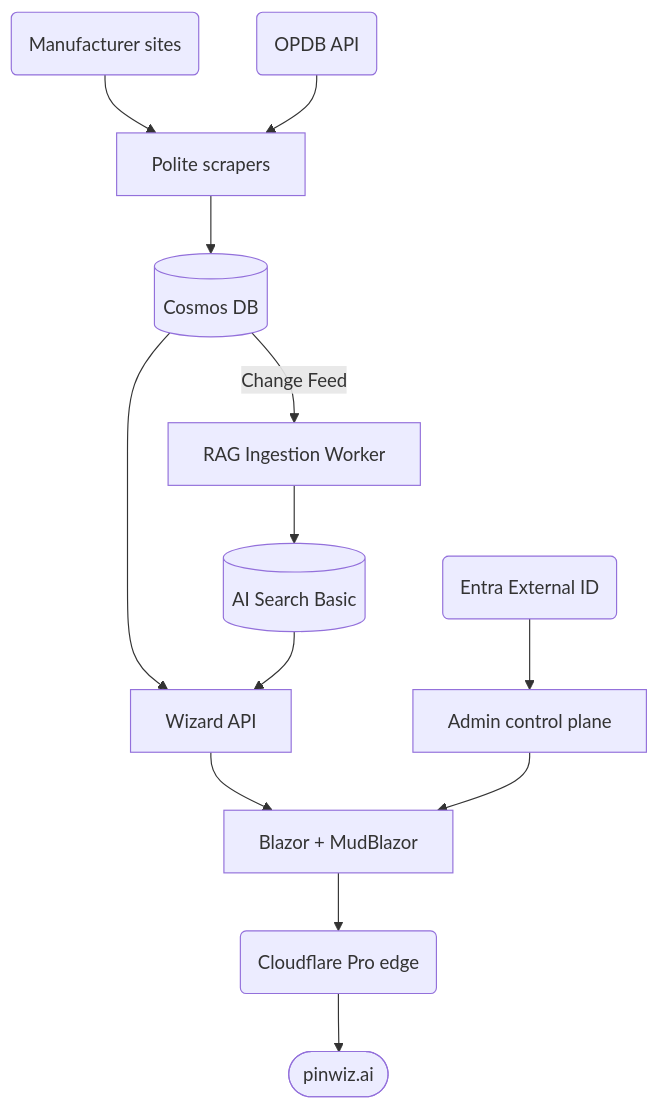
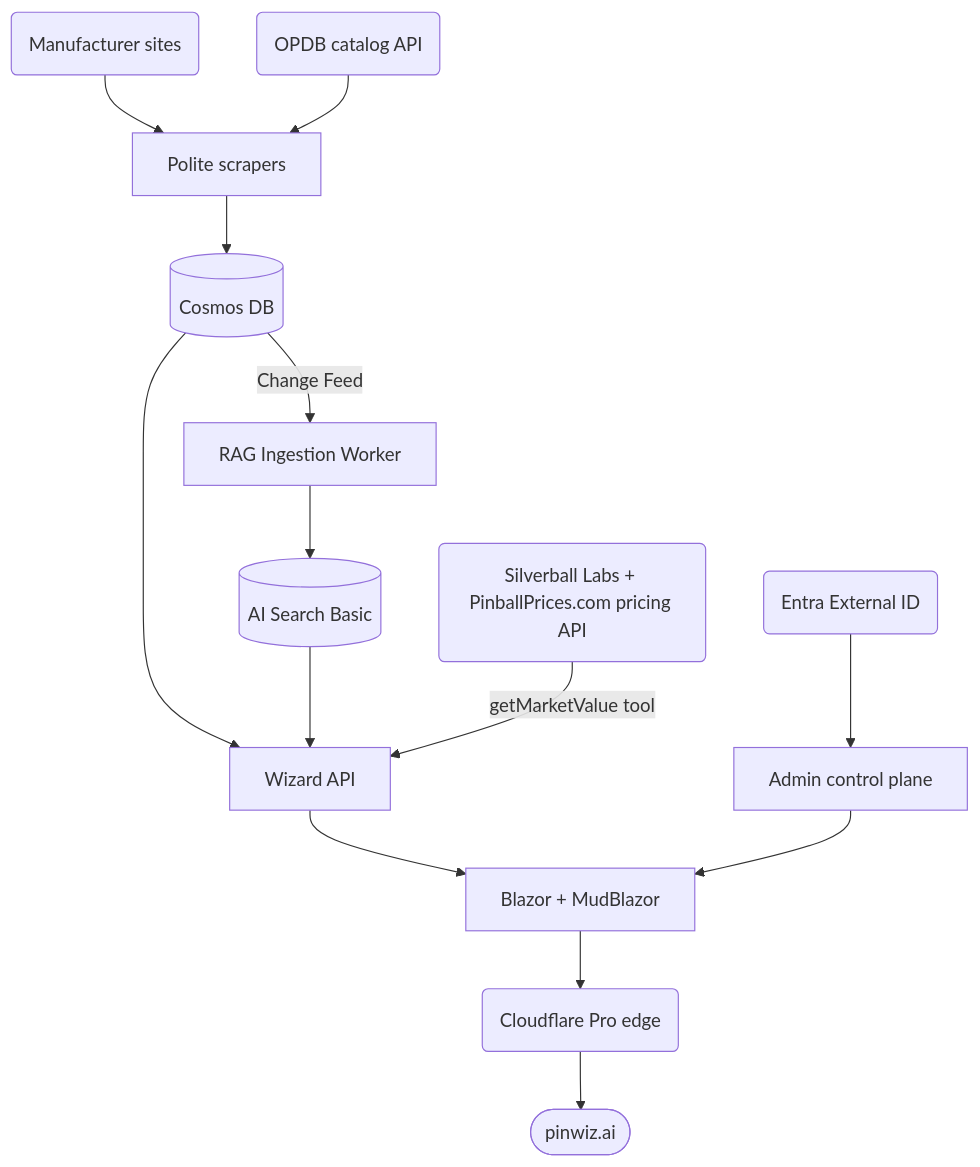
Before and after one commit to Early-Bird-Solutions-LLC/PinballWizard: the first of 2 diagrams in README.md, drawn with Mermaid. The commit also changed other lines of this file and 15 other files, not shown here.

First line of the commit message:
docs(showcase): diagrams across README + 12 docs, provenance lineage, conventions, docs home (#593)

````diff
--- a/README.md
+++ b/README.md
@@ -23,28 +23,30 @@
 ```mermaid
 graph TB
     Mfg(Manufacturer sites)
-    OPDB(OPDB API)
+    OPDB(OPDB catalog API)
+    Silverball(Silverball Labs + PinballPrices.com pricing API)
     Scrapers[Polite scrapers]
     Cosmos[(Cosmos DB)]
     Worker[RAG Ingestion Worker]
     Search[(AI Search Basic)]
     Api[Wizard API]
     Web[Blazor + MudBlazor]
     CF(Cloudflare Pro edge)
     Site([pinwiz.ai])
     Admin[Admin control plane]
     Entra(Entra External ID)
 
     Mfg --> Scrapers
     OPDB --> Scrapers
     Scrapers --> Cosmos
     Cosmos -->|Change Feed| Worker
     Worker --> Search
     Cosmos --> Api
     Search --> Api
+    Silverball -->|getMarketValue tool| Api
     Api --> Web
     Web --> CF
     CF --> Site
     Entra --> Admin
     Admin --> Web
 ```
````
